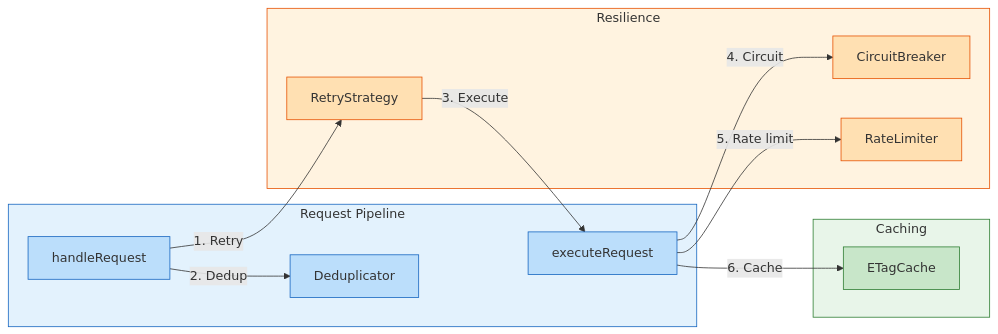
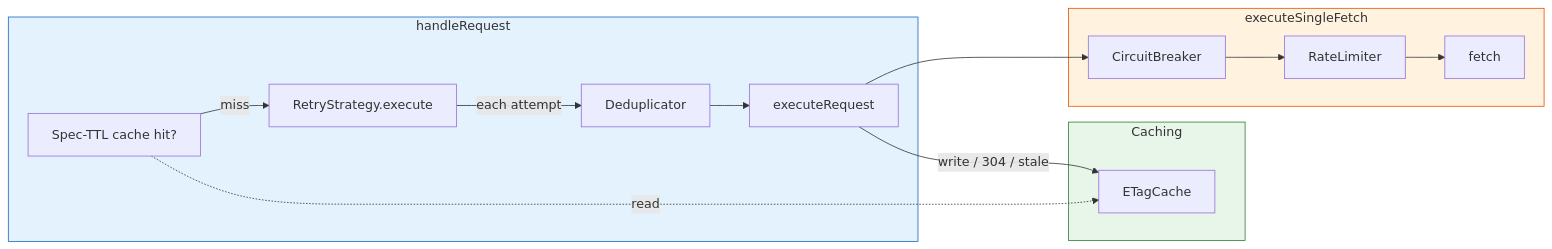
Before and after one commit to lgriffin/ESI.ts: the fourth of 14 diagrams in guides/ARCHITECTURE.md, drawn with Mermaid. The commit also changed other lines of this file and 17 other files, not shown here.

First line of the commit message:
docs(guides): write the charter guides and retire docs/

````diff
--- a/guides/ARCHITECTURE.md
+++ b/guides/ARCHITECTURE.md
@@ -173,36 +194,30 @@
 ```mermaid
 flowchart LR
-    subgraph pipeline ["Request Pipeline"]
-        handler["handleRequest"]
+    subgraph pipeline ["handleRequest"]
+        spec["Spec-TTL cache hit?"]
+        retry["RetryStrategy.execute"]
         dedup["Deduplicator"]
         execReq["executeRequest"]
     end
 
-    subgraph resilienceLayer ["Resilience"]
-        retry["RetryStrategy"]
+    subgraph fetch ["executeSingleFetch"]
         cb["CircuitBreaker"]
         rl["RateLimiter"]
+        net["fetch"]
     end
 
     subgraph caching ["Caching"]
         etag["ETagCache"]
     end
 
-    handler -- "1. Retry" --> retry
-    handler -- "2. Dedup" --> dedup
-    retry -- "3. Execute" --> execReq
-    execReq -- "4. Circuit" --> cb
-    execReq -- "5. Rate limit" --> rl
-    execReq -- "6. Cache" --> etag
+    spec -- "miss" --> retry
+    retry -- "each attempt" --> dedup
+    dedup --> execReq
+    execReq --> cb --> rl --> net
+    execReq -- "write / 304 / stale" --> etag
+    spec -. "read" .-> etag
 
     style pipeline fill:#e3f2fd,stroke:#1565c0
-    style resilienceLayer fill:#fff3e0,stroke:#e65100
+    style fetch fill:#fff3e0,stroke:#e65100
     style caching fill:#e8f5e9,stroke:#2e7d32
-    style handler fill:#bbdefb,stroke:#1565c0
-    style dedup fill:#bbdefb,stroke:#1565c0
-    style execReq fill:#bbdefb,stroke:#1565c0
-    style retry fill:#ffe0b2,stroke:#e65100
-    style cb fill:#ffe0b2,stroke:#e65100
-    style rl fill:#ffe0b2,stroke:#e65100
-    style etag fill:#c8e6c9,stroke:#2e7d32
 ```
````
